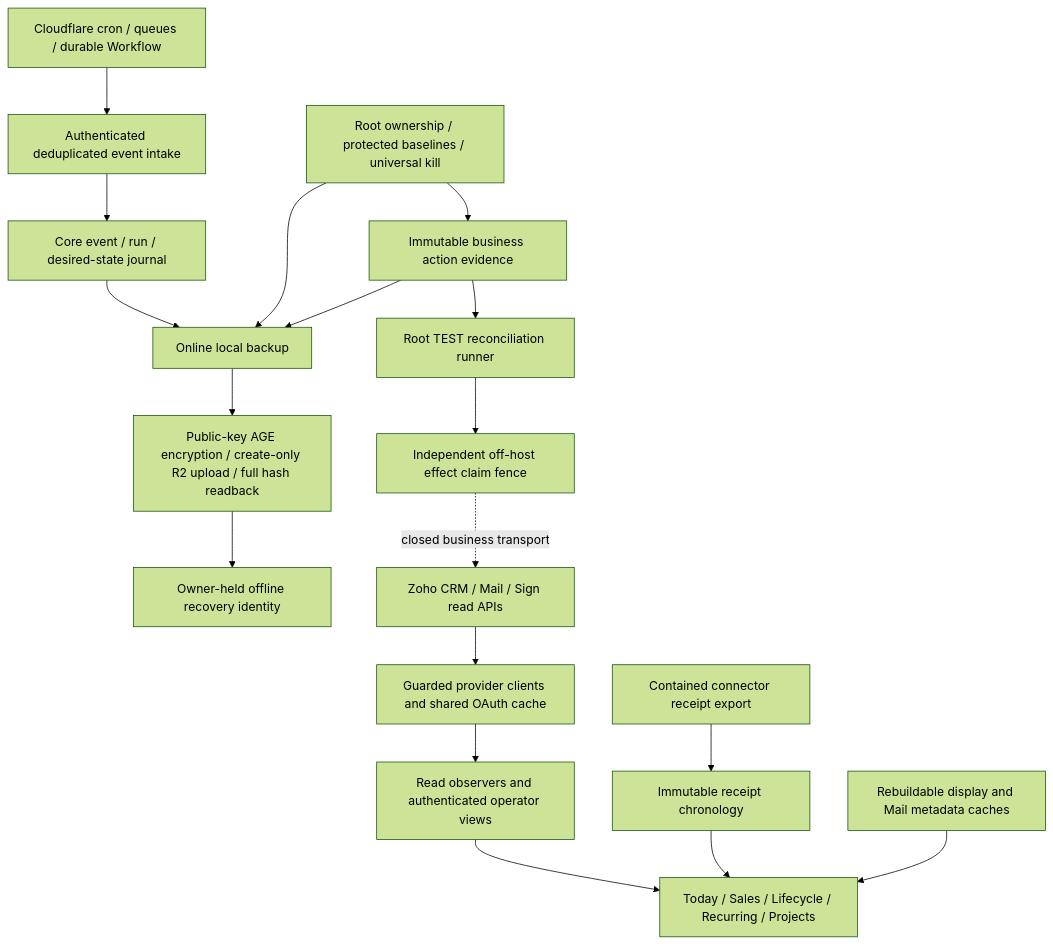
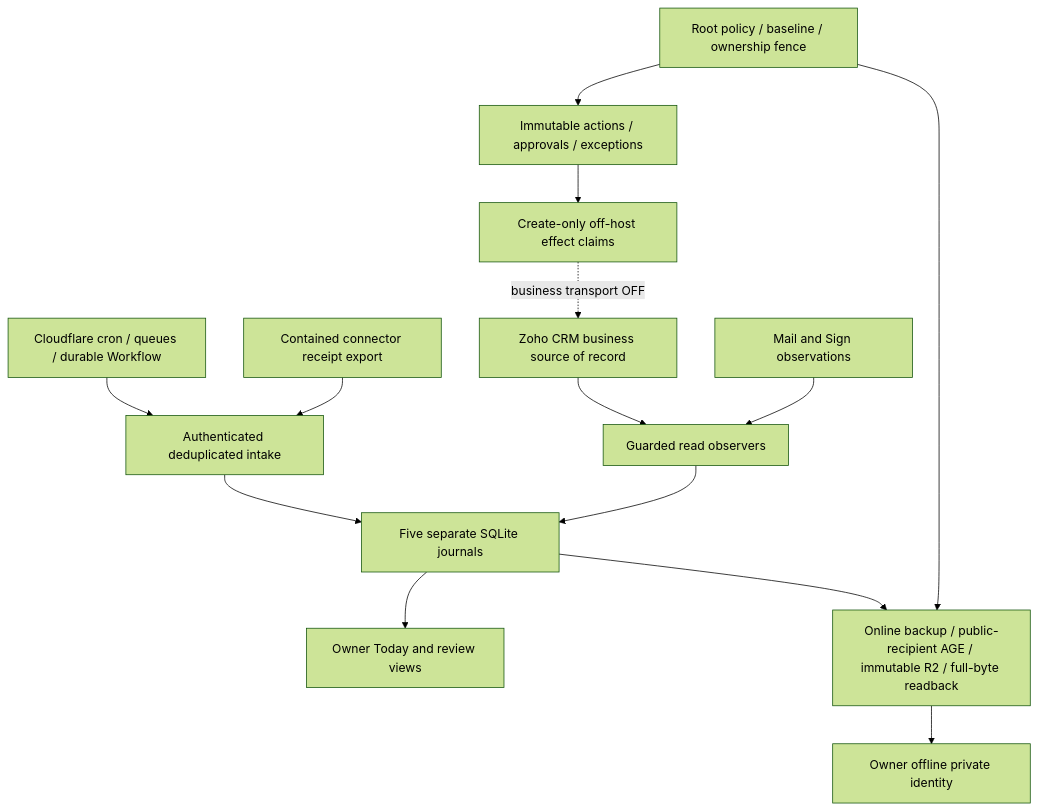
One commit to yboucher97/opticable-api-platform changed the diagram in docs/OPTIBRAIN_ARCHITECTURE_BLUEPRINT.md. Above: the diagram before and after it, drawn with Mermaid (forest theme). The commit also changed other lines of this file and 108 other files, not shown here.

````diff
--- a/docs/OPTIBRAIN_ARCHITECTURE_BLUEPRINT.md
+++ b/docs/OPTIBRAIN_ARCHITECTURE_BLUEPRINT.md
@@ -7,20 +5,16 @@
 ```mermaid
 flowchart TD
-  Z[Zoho CRM / Mail / Sign read APIs] --> G[Guarded provider clients and shared OAuth cache]
-  G --> O[Read observers and authenticated operator views]
-  CF[Cloudflare cron / queues / durable Workflow] --> E[Authenticated deduplicated event intake]
-  C[Contained connector receipt export] --> R[Immutable receipt chronology]
-  E --> J[Core event / run / desired-state journal]
-  R --> T[Today / Sales / Lifecycle / Recurring / Projects]
-  O --> T
-  S[Rebuildable display and Mail metadata caches] --> T
-  P[Root ownership / protected baselines / universal kill] --> A[Immutable business action evidence]
-  A --> RR[Root TEST reconciliation runner]
-  RR --> X[Independent off-host effect claim fence]
-  X -. closed business transport .-> Z
-  J --> B[Online local backup]
-  A --> B
-  P --> B
-  B --> AGE[Public-key AGE encryption / create-only R2 upload / full hash readback]
-  AGE --> OWNER[Owner-held offline recovery identity]
+  CRM[Zoho CRM business source of record] --> READ[Guarded read observers]
+  MS[Mail and Sign observations] --> READ
+  CF[Cloudflare cron / queues / durable Workflow] --> IN[Authenticated deduplicated intake]
+  CN[Contained connector receipt export] --> IN
+  IN --> DB[Five separate SQLite journals]
+  READ --> DB
+  DB --> OWNER[Owner Today and review views]
+  POLICY[Root policy / baseline / ownership fence] --> ACTION[Immutable actions / approvals / exceptions]
+  ACTION --> CLAIM[Create-only off-host effect claims]
+  CLAIM -. business transport OFF .-> CRM
+  DB --> BACKUP[Online backup / public-recipient AGE / immutable R2 / full-byte readback]
+  POLICY --> BACKUP
+  BACKUP --> KEY[Owner offline private identity]
 ```
````
